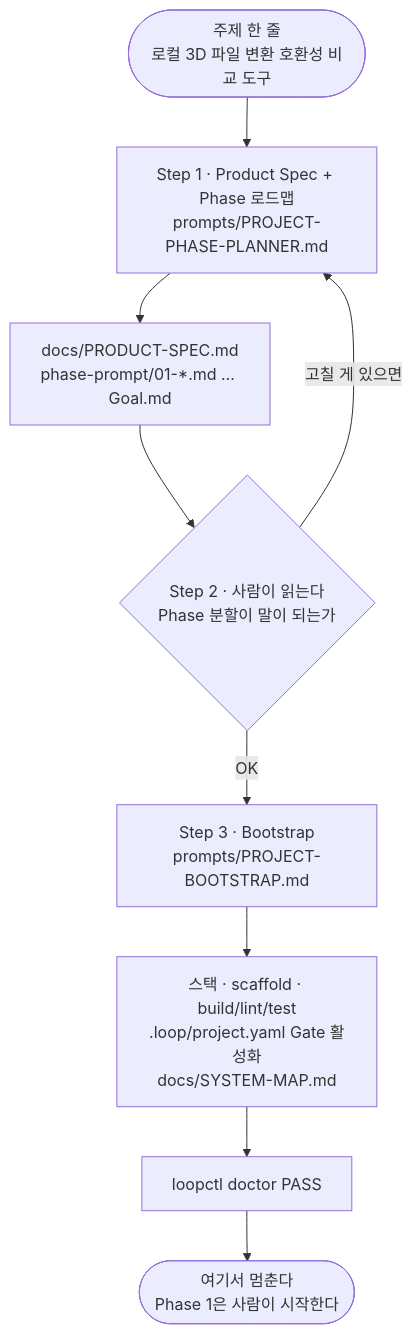
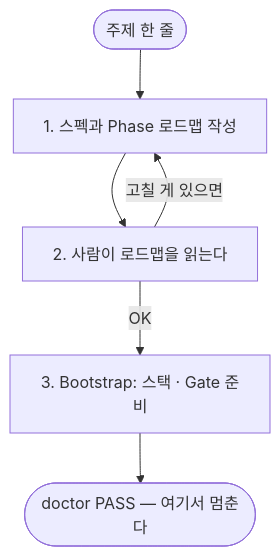
One commit to JJleem/molt-loop changed the second of 5 diagrams in README.md. Above: the diagram before and after it, drawn with Mermaid. The commit also changed other lines of this file and 1 other file, not shown here.

First line of the commit message:
docs: simpler diagrams and a concrete first-session example in the README

````diff
--- a/README.md
+++ b/README.md
@@ -124,11 +143,8 @@
 ```mermaid
 flowchart TD
-    S(["주제 한 줄<br/>로컬 3D 파일 변환 호환성 비교 도구"]) --> P1[Step 1 · Product Spec + Phase 로드맵<br/>prompts/PROJECT-PHASE-PLANNER.md]
-    P1 --> F1[docs/PRODUCT-SPEC.md<br/>phase-prompt/01-*.md … Goal.md]
-    F1 --> R{Step 2 · 사람이 읽는다<br/>Phase 분할이 말이 되는가}
+    S([주제 한 줄]) --> P1[1. 스펙과 Phase 로드맵 작성]
+    P1 --> R[2. 사람이 로드맵을 읽는다]
     R -->|고칠 게 있으면| P1
-    R -->|OK| B[Step 3 · Bootstrap<br/>prompts/PROJECT-BOOTSTRAP.md]
-    B --> F2[스택 · scaffold · build/lint/test<br/>.loop/project.yaml Gate 활성화<br/>docs/SYSTEM-MAP.md]
-    F2 --> C[loopctl doctor PASS]
-    C --> STOP([여기서 멈춘다<br/>Phase 1은 사람이 시작한다])
+    R -->|OK| B[3. Bootstrap: 스택 · Gate 준비]
+    B --> C([doctor PASS — 여기서 멈춘다])
 ```
````
